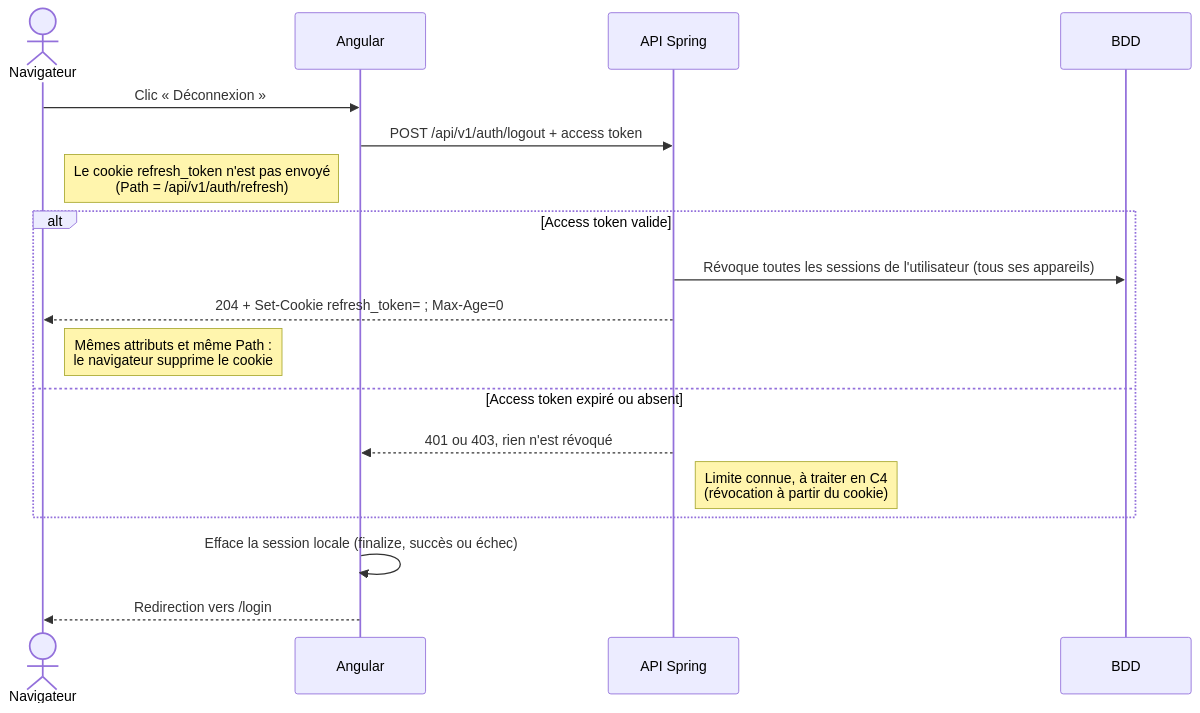
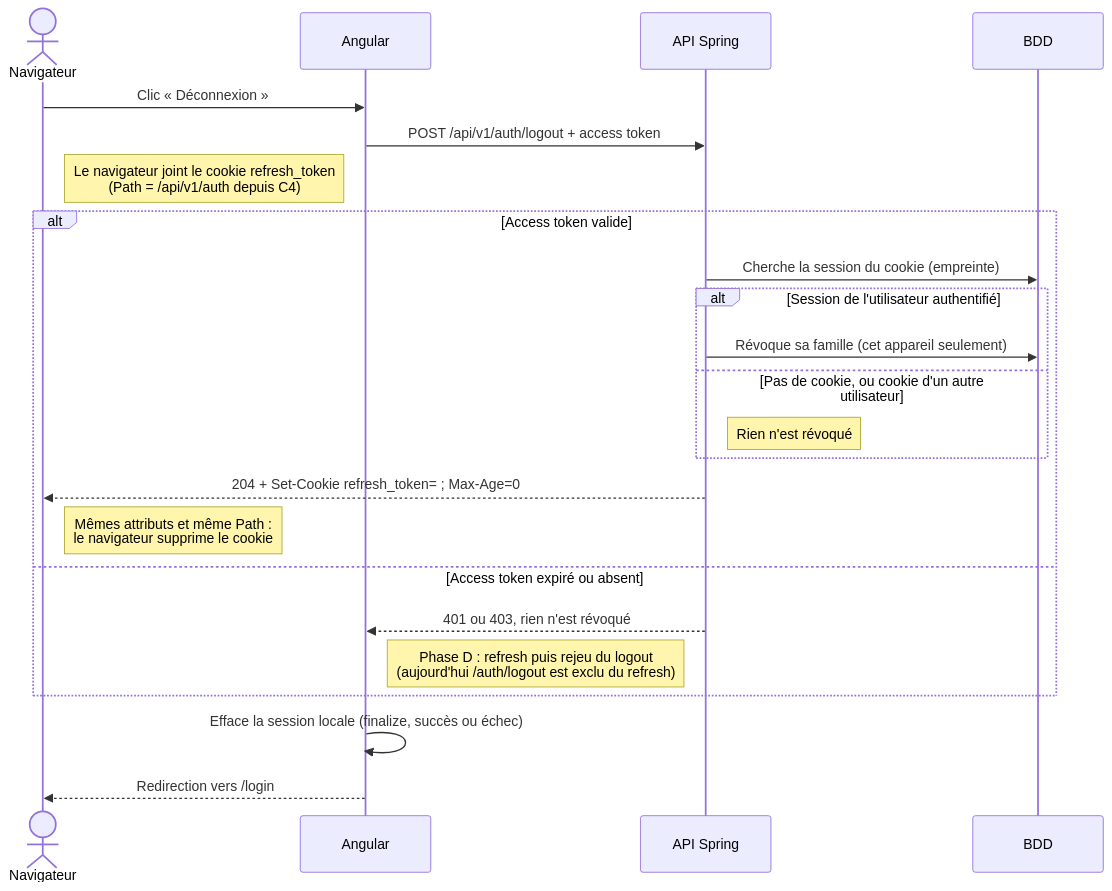
The second of 3 diagrams in docs/diagrams/refresh.md (Franck1vlt/Parkyn), drawn with Mermaid before and after one commit. The commit also changed other lines of this file and 18 other files, not shown here.

First line of the commit message:
feat(auth): sessions actives et logout ciblé

````diff
--- a/docs/diagrams/refresh.md
+++ b/docs/diagrams/refresh.md
@@ -76,23 +76,28 @@
 ```mermaid
 sequenceDiagram
 actor Navigateur
 participant Angular
 participant API as API Spring
 participant BDD
 
     Navigateur->>Angular: Clic « Déconnexion »
     Angular->>API: POST /api/v1/auth/logout + access token
-    Note right of Navigateur: Le cookie refresh_token n'est pas envoyé<br/>(Path = /api/v1/auth/refresh)
+    Note right of Navigateur: Le navigateur joint le cookie refresh_token<br/>(Path = /api/v1/auth depuis C4)
 
     alt Access token valide
-        API->>BDD: Révoque toutes les sessions de l'utilisateur (tous ses appareils)
+        API->>BDD: Cherche la session du cookie (empreinte)
+        alt Session de l'utilisateur authentifié
+            API->>BDD: Révoque sa famille (cet appareil seulement)
+        else Pas de cookie, ou cookie d'un autre utilisateur
+            Note right of API: Rien n'est révoqué
+        end
         API-->>Navigateur: 204 + Set-Cookie refresh_token= #59; Max-Age=0
         Note right of Navigateur: Mêmes attributs et même Path :<br/>le navigateur supprime le cookie
     else Access token expiré ou absent
         API-->>Angular: 401 ou 403, rien n'est révoqué
-        Note right of API: Limite connue, à traiter en C4<br/>(révocation à partir du cookie)
+        Note right of Angular: Phase D : refresh puis rejeu du logout<br/>(aujourd'hui /auth/logout est exclu du refresh)
     end
 
     Angular->>Angular: Efface la session locale (finalize, succès ou échec)
     Angular-->>Navigateur: Redirection vers /login
 ```
````
